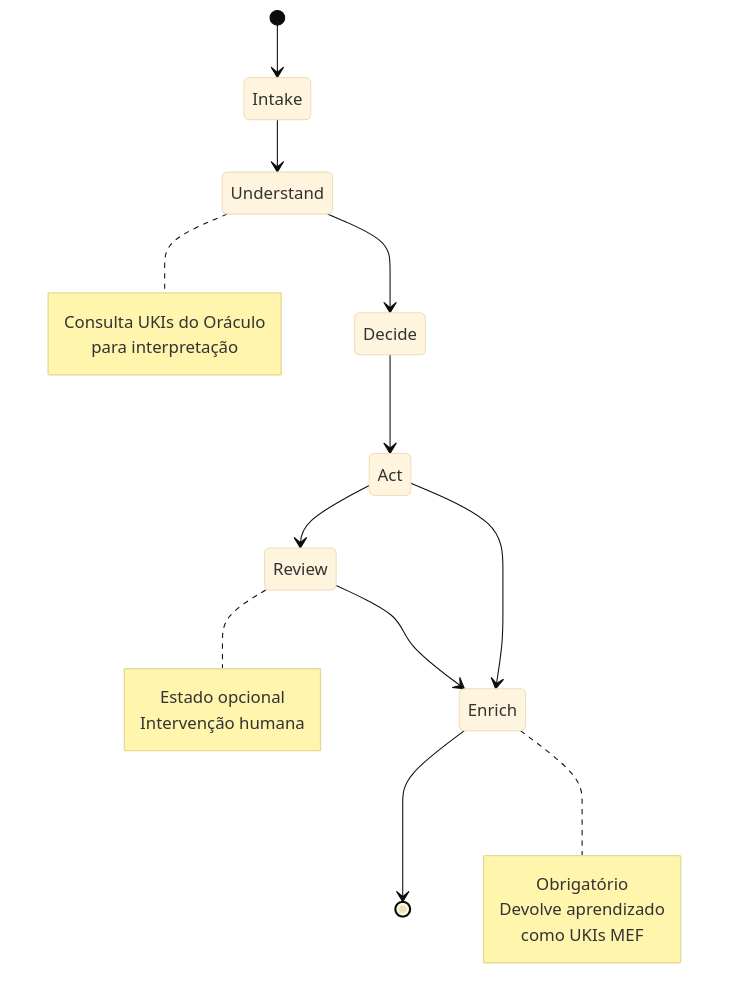
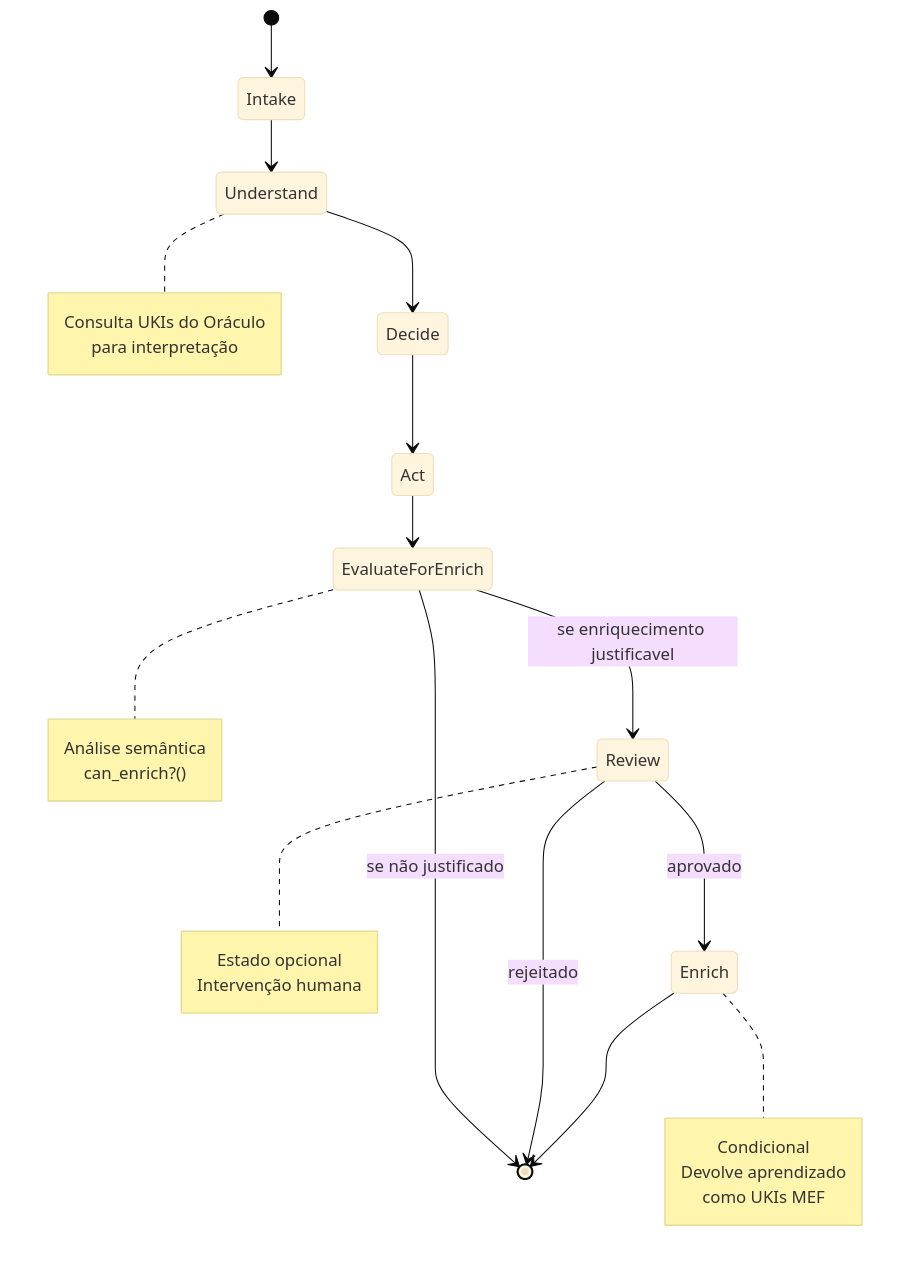
Before and after one commit to netomantonio/matrix-protocol: the first of 14 diagrams in ZWF_ZION_WORKFLOW_FRAMEWORK.md, drawn with Mermaid (base theme). The commit also changed other lines of this file, not shown here.

````diff
--- a/ZWF_ZION_WORKFLOW_FRAMEWORK.md
+++ b/ZWF_ZION_WORKFLOW_FRAMEWORK.md
@@ -68,27 +68,34 @@
 ```mermaid
 stateDiagram-v2
     [*] --> Intake
     Intake --> Understand
     Understand --> Decide
     Decide --> Act
-    Act --> Review
-    Act --> Enrich
-    Review --> Enrich
+    Act --> EvaluateForEnrich
+    EvaluateForEnrich --> Review: se enriquecimento justificavel
+    EvaluateForEnrich --> [*]: se não justificado
+    Review --> Enrich: aprovado
+    Review --> [*]: rejeitado
     Enrich --> [*]
     
     note right of Understand
       Consulta UKIs do Oráculo
       para interpretação
+    end note
+    
+    note right of EvaluateForEnrich
+      Análise semântica
+      can_enrich?()
     end note
     
     note right of Review
       Estado opcional
       Intervenção humana
     end note
     
     note right of Enrich
-      Obrigatório
+      Condicional
       Devolve aprendizado
       como UKIs MEF
     end note
 ```
````
